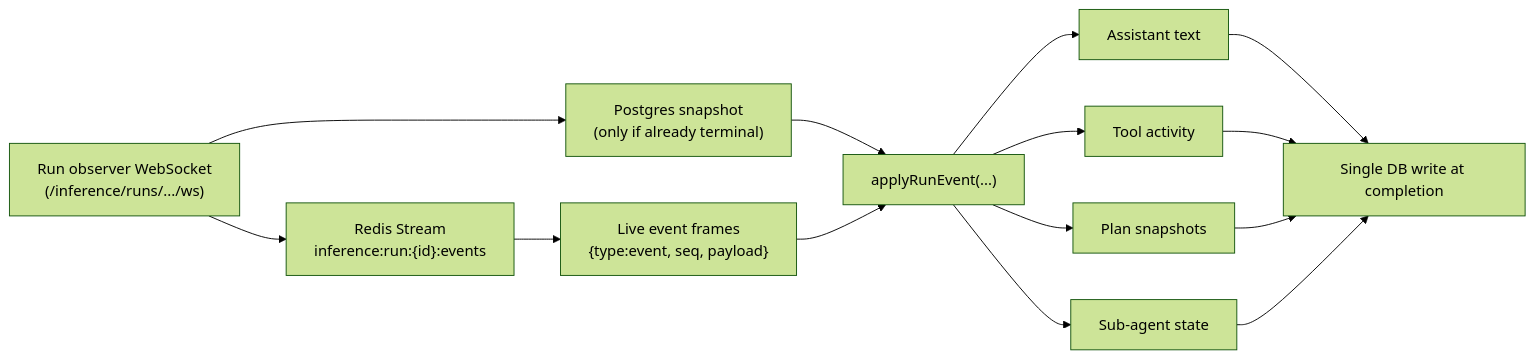
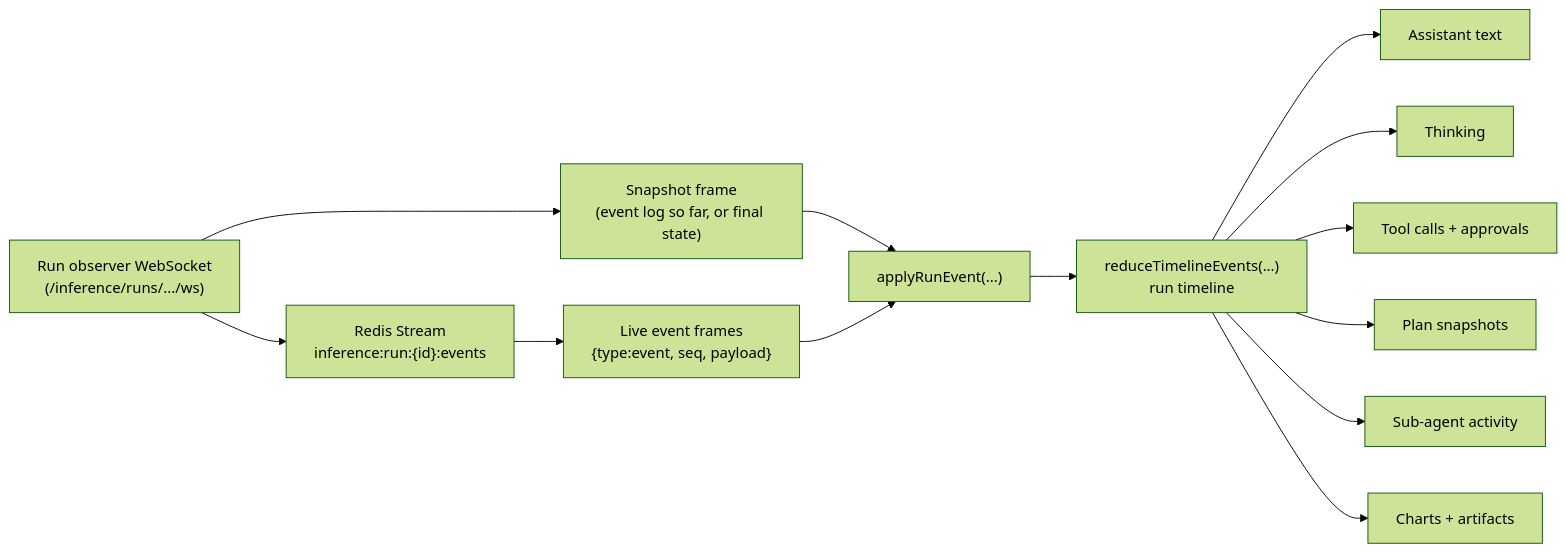
One commit to konstantinosmpouros/mAgenticX changed the fifth of 10 diagrams in README.md. Above: the diagram before and after it, drawn with Mermaid (forest theme). The commit also changed other lines of this file and 7 other files, not shown here.

````diff
--- a/README.md
+++ b/README.md
@@ -173,27 +203,28 @@
 ```mermaid
 flowchart LR
-    Observer["Run observer WebSocket\n(/inference/runs/.../ws)"]
-    Redis["Redis Stream\ninference:run:{id}:events"]
-    Snapshot["Postgres snapshot\n(only if already terminal)"]
-    Live["Live event frames\n{type:event, seq, payload}"]
-    Parse["applyRunEvent(...)"]
+    Observer["Run observer WebSocket<br/>(/inference/runs/.../ws)"]
+    Snapshot["Snapshot frame<br/>(event log so far, or final state)"]
+    Redis["Redis Stream<br/>inference:run:{id}:events"]
+    Live["Live event frames<br/>{type:event, seq, payload}"]
+    Apply["applyRunEvent(...)"]
+    Reduce["reduceTimelineEvents(...)<br/>run timeline"]
     Text["Assistant text"]
-    Tools["Tool activity"]
+    Thinking["Thinking"]
+    Tools["Tool calls + approvals"]
     Plan["Plan snapshots"]
-    Sub["Sub-agent state"]
-    Persist["Single DB write at completion"]
+    Sub["Sub-agent activity"]
+    Charts["Charts + artifacts"]
 
     Observer --> Snapshot
     Observer --> Redis
     Redis --> Live
-    Snapshot --> Parse
-    Live --> Parse
-    Parse --> Text
-    Parse --> Tools
-    Parse --> Plan
-    Parse --> Sub
-    Text --> Persist
-    Tools --> Persist
-    Plan --> Persist
-    Sub --> Persist
+    Snapshot --> Apply
+    Live --> Apply
+    Apply --> Reduce
+    Reduce --> Text
+    Reduce --> Thinking
+    Reduce --> Tools
+    Reduce --> Plan
+    Reduce --> Sub
+    Reduce --> Charts
 ```
````
